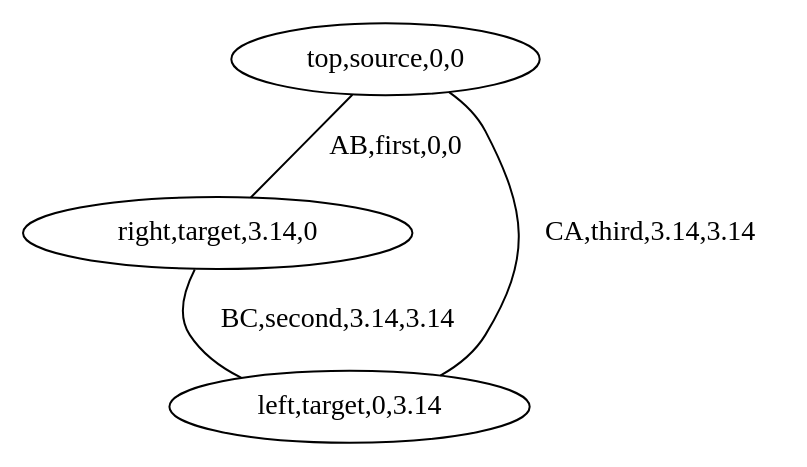
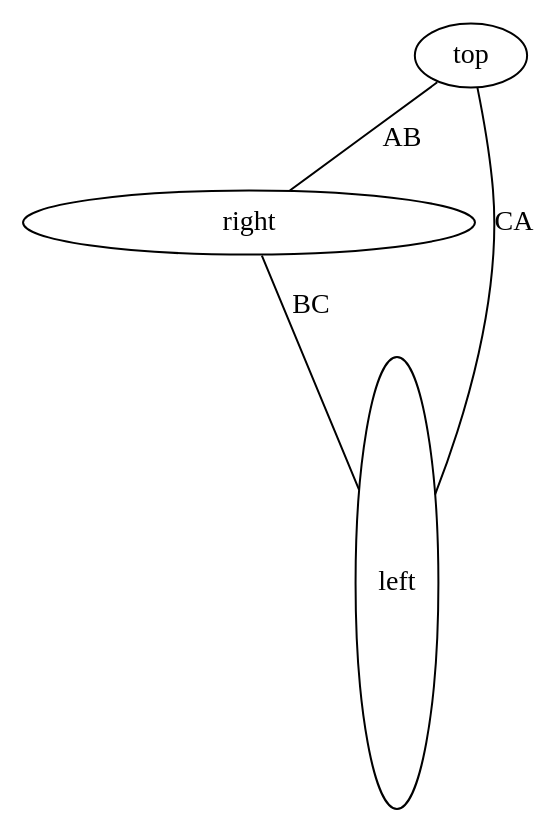
One commit to richelbilderbeek/boost_graph_cookbook_1 changed the diagram in BoostGraphTutorial/create_bundled_edges_and_vertices_k3_graph.dot. Above: the diagram before and after it, drawn with Graphviz. The commit also changed 21 other files, not shown here.

```diff
--- a/BoostGraphTutorial/create_bundled_edges_and_vertices_k3_graph.dot
+++ b/BoostGraphTutorial/create_bundled_edges_and_vertices_k3_graph.dot
@@ -1,8 +1,8 @@
 graph G {
-0[label="top,source,0,0"];
-1[label="right,target,3.14,0"];
-2[label="left,target,0,3.14"];
-0--1 [label="AB,first,0,0"];
-1--2 [label="BC,second,3.14,3.14"];
-2--0 [label="CA,third,3.14,3.14"];
+0[label="top",comment="source",width=0,height=0];
+1[label="right",comment="target",width=3.14,height=0];
+2[label="left",comment="target",width=0,height=3.14];
+0--1 [label="AB",comment="first",width=0,height=0];
+1--2 [label="BC",comment="second",width=3.14,height=3.14];
+2--0 [label="CA",comment="third",width=3.14,height=3.14];
 }
```
